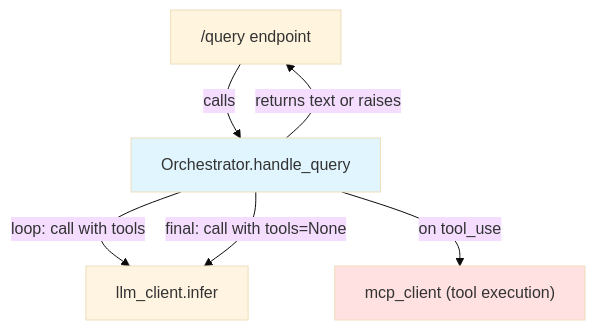
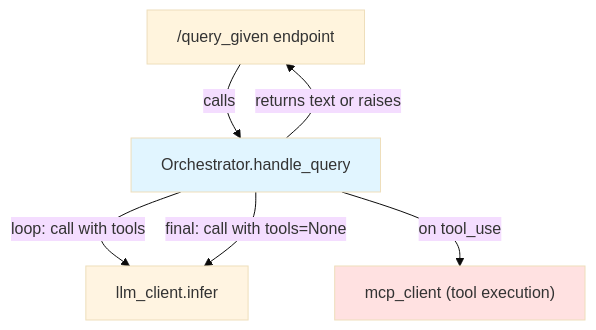
The first of 2 diagrams in features/PER-56/hld.md (RoshanNawaz11/adlc-hub-repo), drawn with Mermaid (base theme) before and after one commit. The commit also changed other lines of this file and 20 other files, not shown here.

Commit message:
adlc(state): PER-56 waiting architect_review

````diff
--- a/features/PER-56/hld.md
+++ b/features/PER-56/hld.md
@@ -173,17 +188,17 @@
 ```mermaid
 graph TD
-    HTTP["/query endpoint"]
+    HTTP["/query_given endpoint"]
     ORCH["Orchestrator.handle_query"]
     LLM["llm_client.infer"]
     MCP["mcp_client (tool execution)"]
     
     HTTP -->|calls| ORCH
     ORCH -->|loop: call with tools| LLM
     ORCH -->|final: call with tools=None| LLM
     ORCH -->|on tool_use| MCP
     ORCH -->|returns text or raises| HTTP
     
     style ORCH fill:#e1f5ff
     style LLM fill:#fff4e1
     style MCP fill:#ffe1e1
 ```
````
